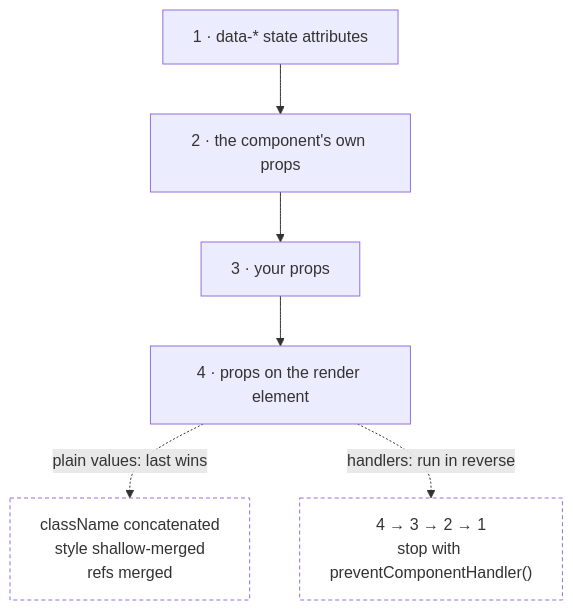
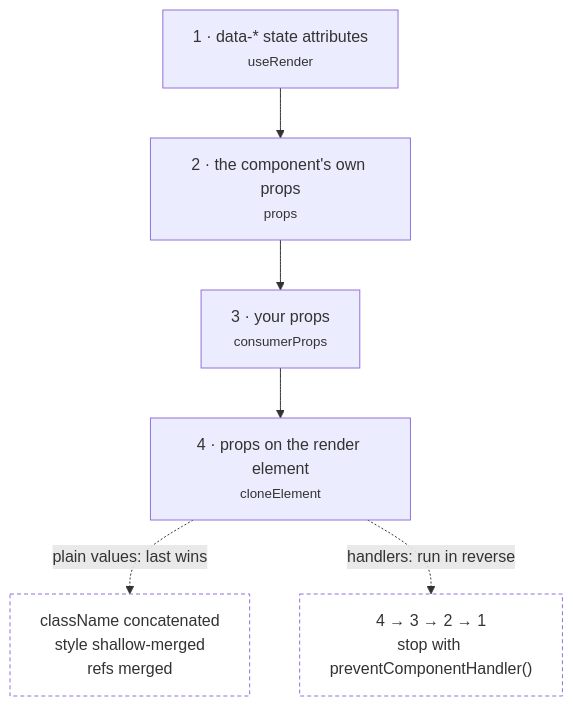
Before and after one commit to arun9483/arun-design-system: the diagram in apps/docs/src/diagrams/merge-precedence.mmd, drawn with Mermaid. The commit also changed 14 other files, not shown here.

```diff
--- a/apps/docs/src/diagrams/merge-precedence.mmd
+++ b/apps/docs/src/diagrams/merge-precedence.mmd
@@ -1,10 +1,10 @@
 flowchart TB
-  A["1 · data-* state attributes"] --> B["2 · the component's own props"]
-  B --> C["3 · your props"]
-  C --> D["4 · props on the render element"]
+  A["1 · data-* state attributes<br/><small>useRender</small>"] --> B["2 · the component's own props<br/><small>props</small>"]
+  B --> C["3 · your props<br/><small>consumerProps</small>"]
+  C --> D["4 · props on the render element<br/><small>cloneElement</small>"]
 
   D -.->|"plain values: last wins"| V["className concatenated<br/>style shallow-merged<br/>refs merged"]
   D -.->|"handlers: run in reverse"| H["4 → 3 → 2 → 1<br/>stop with preventComponentHandler()"]
 
   classDef out fill:transparent,stroke-dasharray:4 3
   class V,H out
```
